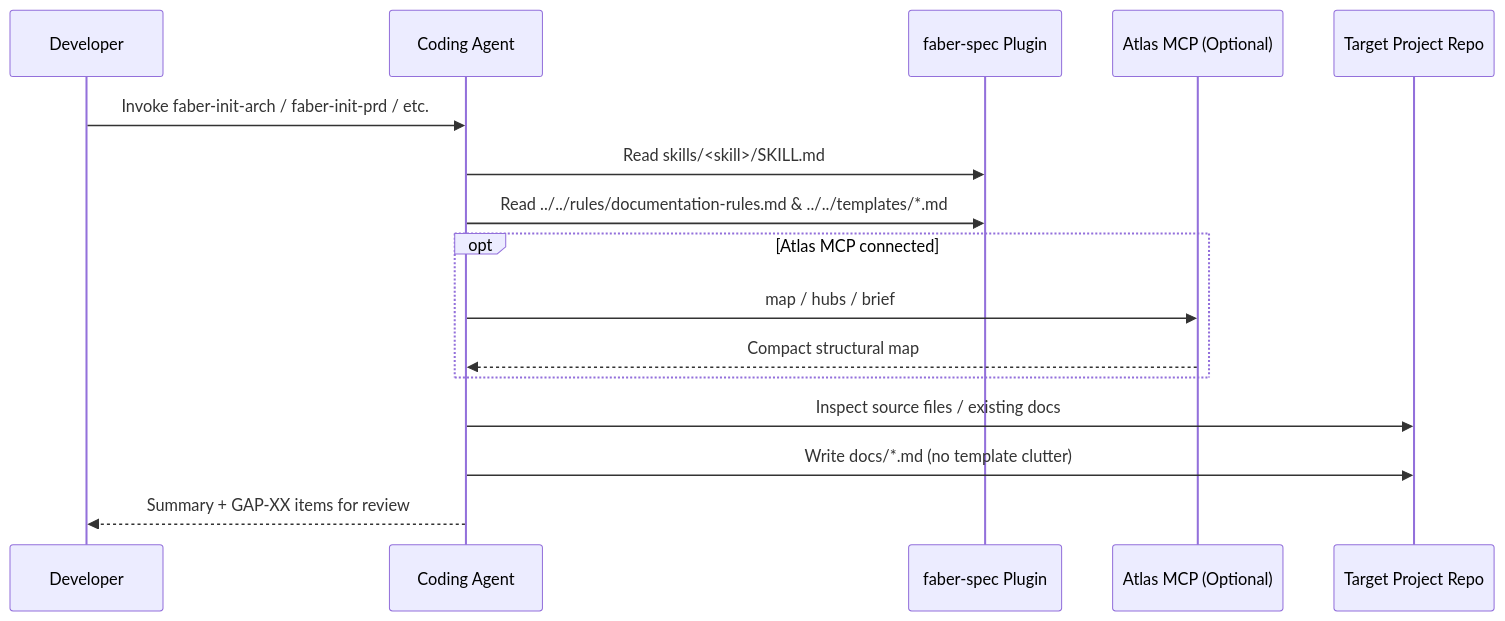
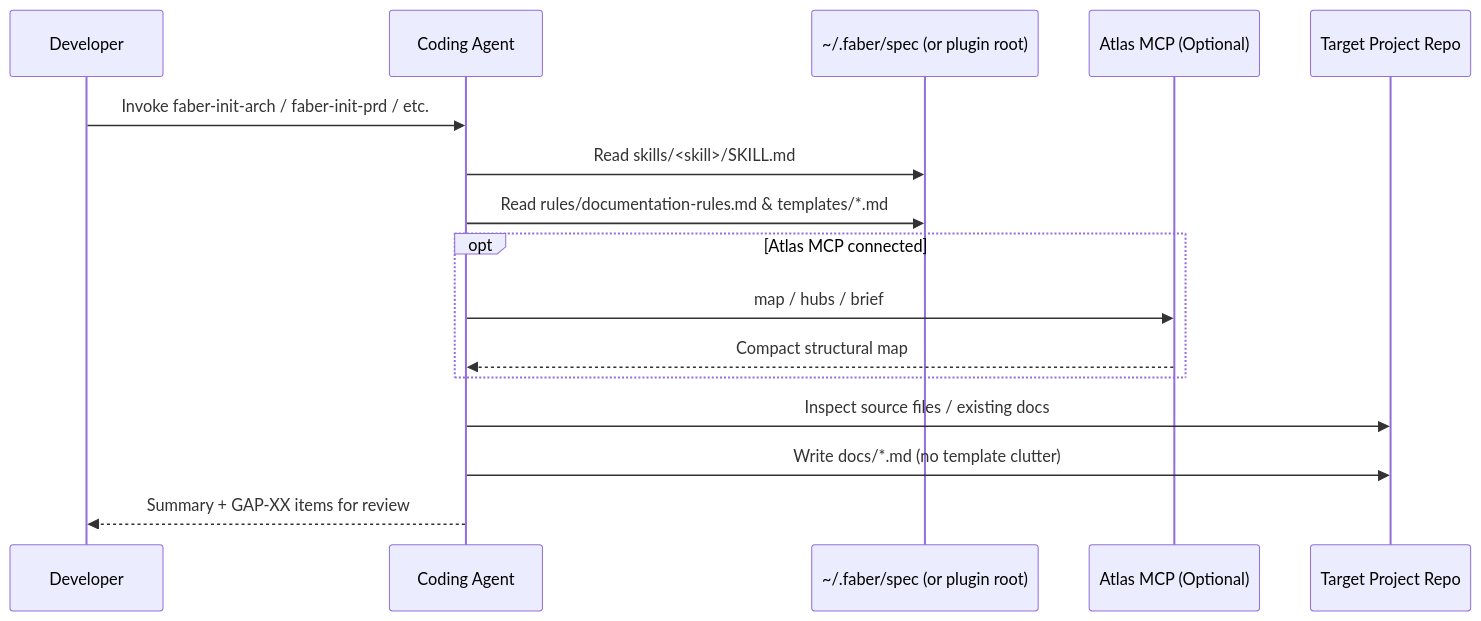
Before and after one commit to fabersep/spec: the third of 3 diagrams in docs/architecture.md, drawn with Mermaid. The commit also changed other lines of this file and 17 other files, not shown here.

Commit message:
feat: add zero-dep interactive CLI installer, cross-agent skill paths, and v0.2 docs/README

````diff
--- a/docs/architecture.md
+++ b/docs/architecture.md
@@ -70,18 +108,18 @@
 ```mermaid
 sequenceDiagram
     participant Dev as Developer
     participant Agent as Coding Agent
-    participant Plugin as faber-spec Plugin
+    participant Store as ~/.faber/spec (or plugin root)
     participant Atlas as Atlas MCP (Optional)
     participant Repo as Target Project Repo
     Dev->>Agent: Invoke faber-init-arch / faber-init-prd / etc.
-    Agent->>Plugin: Read skills/<skill>/SKILL.md
-    Agent->>Plugin: Read ../../rules/documentation-rules.md & ../../templates/*.md
+    Agent->>Store: Read skills/<skill>/SKILL.md
+    Agent->>Store: Read rules/documentation-rules.md & templates/*.md
     opt Atlas MCP connected
         Agent->>Atlas: map / hubs / brief
         Atlas-->>Agent: Compact structural map
     end
     Agent->>Repo: Inspect source files / existing docs
     Agent->>Repo: Write docs/*.md (no template clutter)
     Agent-->>Dev: Summary + GAP-XX items for review
 ```
````
